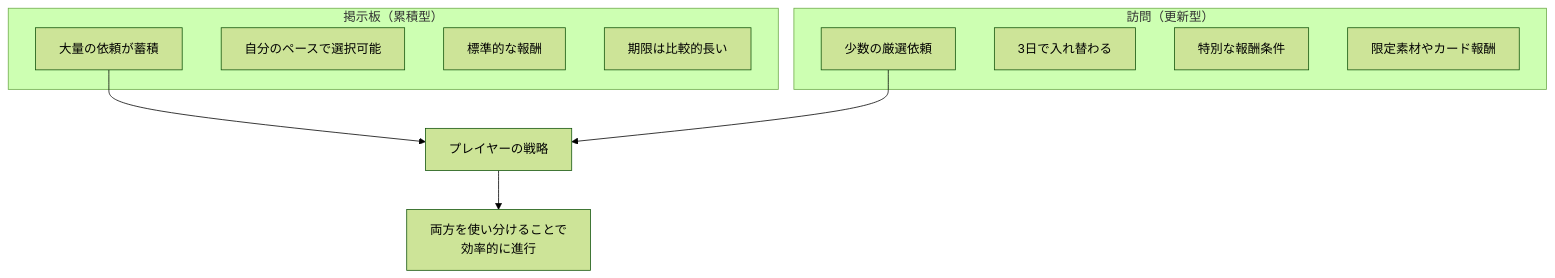
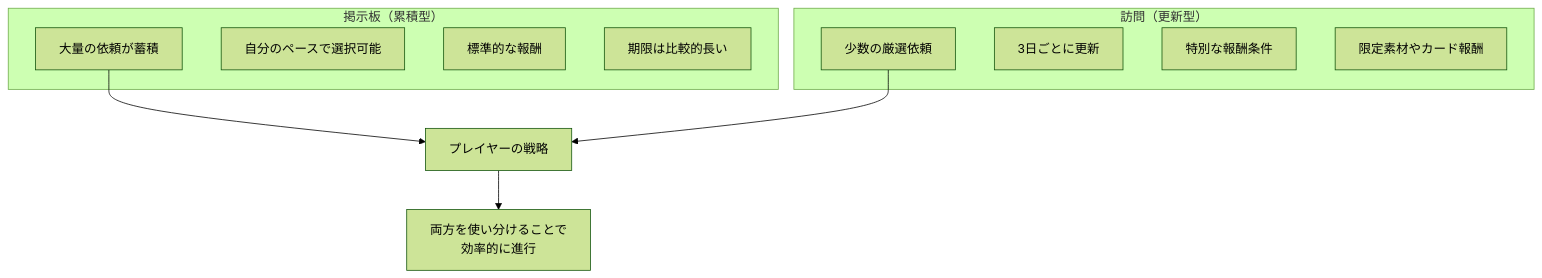
One commit to yaguma/atelier changed the fifth of 7 diagrams in docs/design/atelier-guild-rank/wayfinding-and-variety.md. Above: the diagram before and after it, drawn with Mermaid (forest theme). The commit also changed other lines of this file, not shown here.

````diff
--- a/docs/design/atelier-guild-rank/wayfinding-and-variety.md
+++ b/docs/design/atelier-guild-rank/wayfinding-and-variety.md
@@ -375,21 +439,21 @@
 ```mermaid
 flowchart TD
     subgraph "掲示板（累積型）"
         B1[大量の依頼が蓄積]
         B2[自分のペースで選択可能]
         B3[標準的な報酬]
         B4[期限は比較的長い]
     end
 
     subgraph "訪問（更新型）"
         V1[少数の厳選依頼]
-        V2[3日で入れ替わる]
+        V2[3日ごとに更新]
         V3[特別な報酬条件]
         V4[限定素材やカード報酬]
     end
 
     B1 --> Strategy[プレイヤーの戦略]
     V1 --> Strategy
 
     Strategy --> Mix["両方を使い分けることで<br>効率的に進行"]
 ```
````
